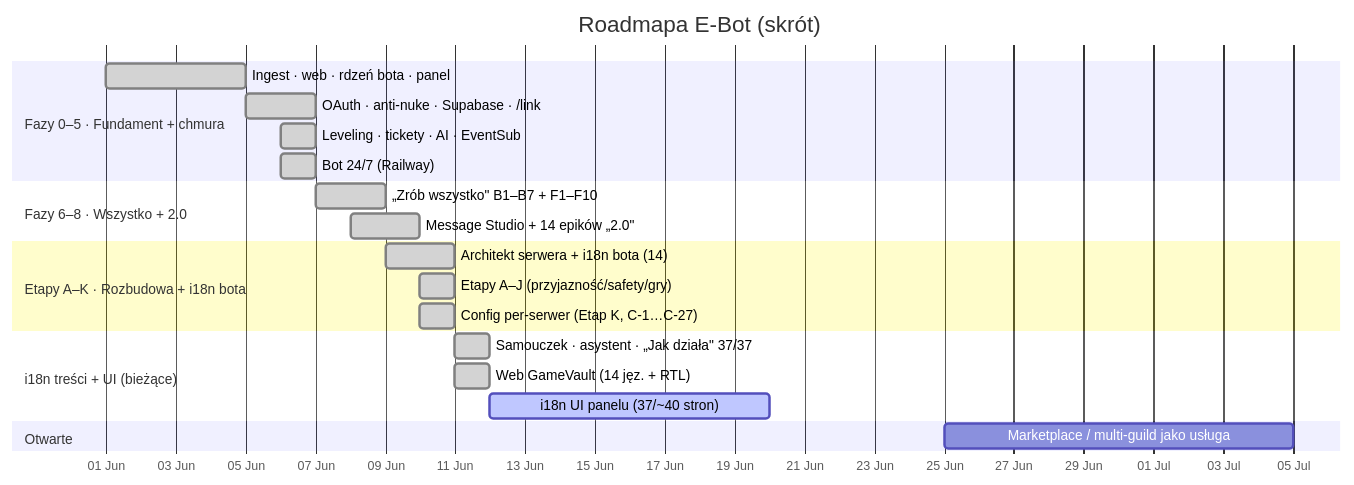
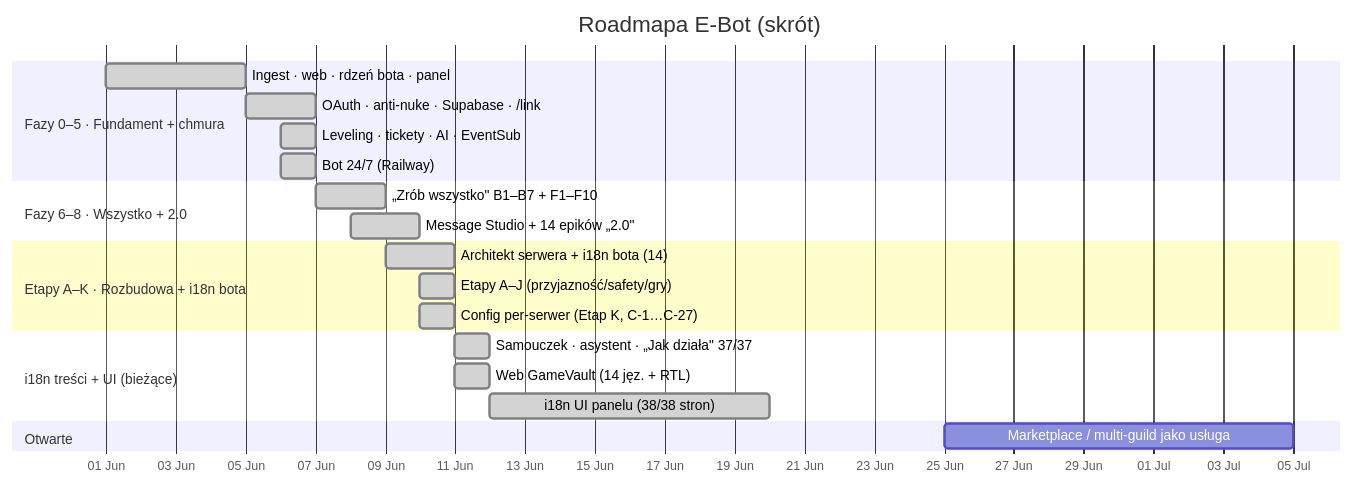
Before and after one commit to Gh0s777tt/E-Bot: the first of 2 diagrams in docs/ROADMAP.md, drawn with Mermaid. The commit also changed other lines of this file and 7 other files, not shown here.

````diff
--- a/docs/ROADMAP.md
+++ b/docs/ROADMAP.md
@@ -23,24 +23,24 @@
 ```mermaid
 gantt
   title Roadmapa E-Bot (skrót)
   dateFormat YYYY-MM-DD
   axisFormat %d %b
   section Fazy 0–5 · Fundament + chmura
   Ingest · web · rdzeń bota · panel    :done, f0, 2026-06-01, 4d
   OAuth · anti-nuke · Supabase · /link :done, f1, 2026-06-05, 2d
   Leveling · tickety · AI · EventSub   :done, f4, 2026-06-06, 1d
   Bot 24/7 (Railway)                   :done, f5, 2026-06-06, 1d
   section Fazy 6–8 · Wszystko + 2.0
   „Zrób wszystko" B1–B7 + F1–F10       :done, f7, 2026-06-07, 2d
   Message Studio + 14 epików „2.0"     :done, f8, 2026-06-08, 2d
   section Etapy A–K · Rozbudowa + i18n bota
   Architekt serwera + i18n bota (14)   :done, ek1, 2026-06-09, 2d
   Etapy A–J (przyjazność/safety/gry)   :done, ek2, 2026-06-10, 1d
   Config per-serwer (Etap K, C-1…C-27) :done, ek3, 2026-06-10, 1d
   section i18n treści + UI (bieżące)
   Samouczek · asystent · „Jak działa" 37/37 :done, i1, 2026-06-11, 1d
   Web GameVault (14 jęz. + RTL)        :done, i2, 2026-06-11, 1d
-  i18n UI panelu (37/~40 stron)        :active, i3, 2026-06-12, 8d
+  i18n UI panelu (38/38 stron)         :done, i3, 2026-06-12, 8d
   section Otwarte
   Marketplace / multi-guild jako usługa :        mk, 2026-06-25, 10d
 ```
````
